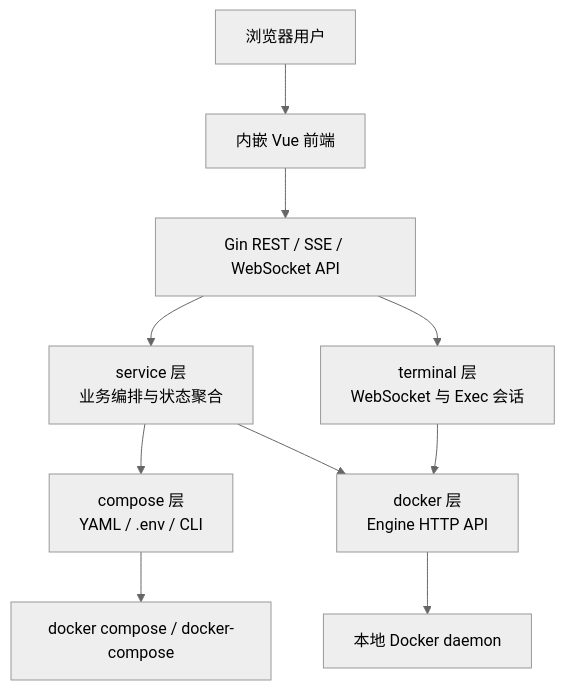
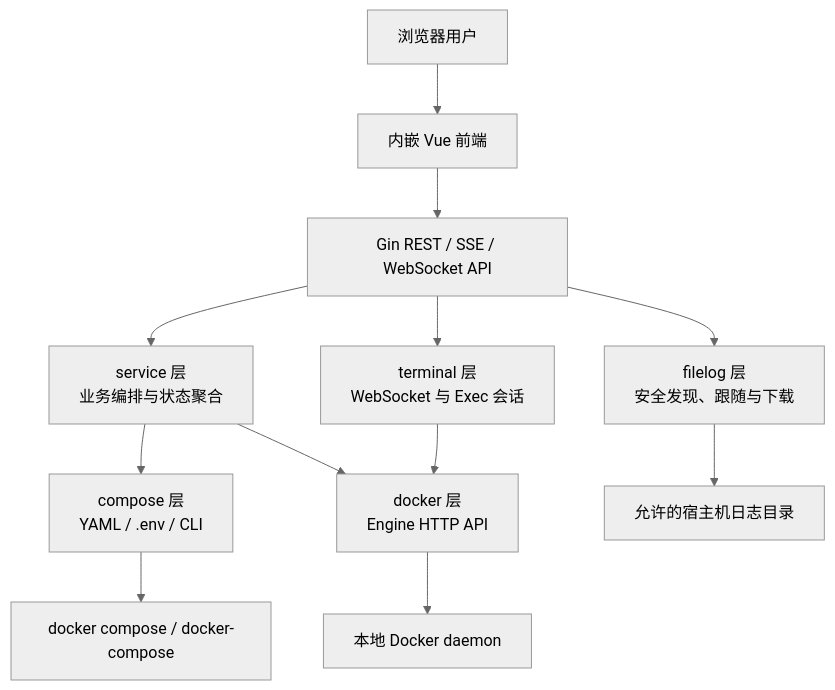
One commit to fengin/compose-board changed the diagram in README.md. Above: the diagram before and after it, drawn with Mermaid (neutral theme). The commit also changed other lines of this file and 50 other files, not shown here.

````diff
--- a/README.md
+++ b/README.md
@@ -56,12 +58,14 @@
 ```mermaid
 flowchart TB
     User["浏览器用户"] --> Web["内嵌 Vue 前端"]
     Web --> API["Gin REST / SSE / WebSocket API"]
     API --> Service["service 层<br>业务编排与状态聚合"]
     Service --> Compose["compose 层<br>YAML / .env / CLI"]
     Service --> Docker["docker 层<br>Engine HTTP API"]
+    API --> FileLog["filelog 层<br>安全发现、跟随与下载"]
     API --> Terminal["terminal 层<br>WebSocket 与 Exec 会话"]
+    FileLog --> HostFiles["允许的宿主机日志目录"]
     Terminal --> Docker
     Compose --> ComposeCLI["docker compose / docker-compose"]
     Docker --> DockerEngine["本地 Docker daemon"]
 ```
````
